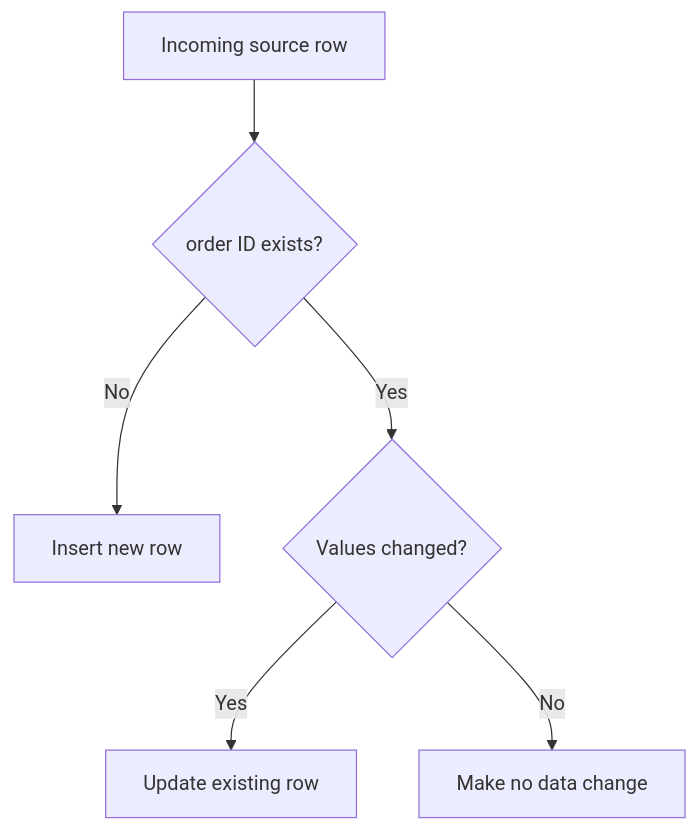
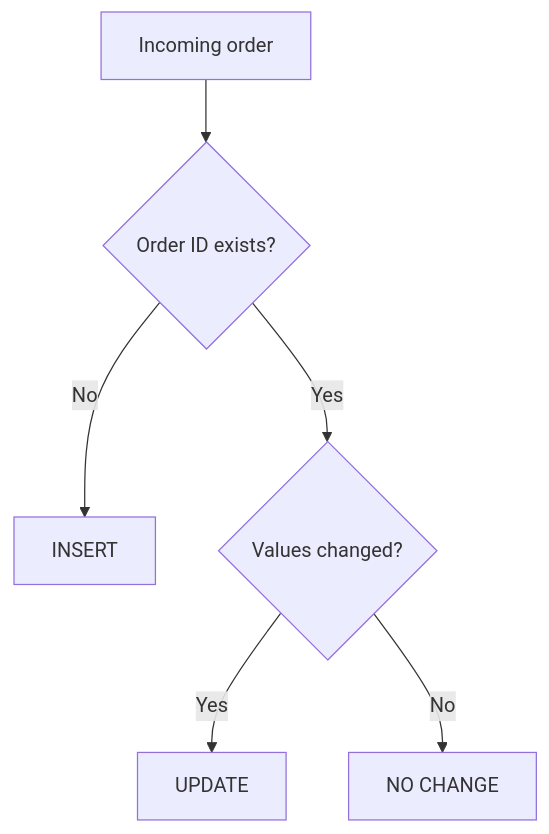
Before and after one commit to tg117official/microsoft_fabric_preparation: the second of 4 diagrams in Microsoft_Fabric_Session_06_Delta_Merge_and_Idempotent_Incremental_Loads.md, drawn with Mermaid. The commit also changed other lines of this file, not shown here.

````diff
--- a/Microsoft_Fabric_Session_06_Delta_Merge_and_Idempotent_Incremental_Loads.md
+++ b/Microsoft_Fabric_Session_06_Delta_Merge_and_Idempotent_Incremental_Loads.md
@@ -233,8 +111,8 @@
 ```mermaid
 flowchart TD
-    A["Incoming source row"] --> B{"order ID exists?"}
-    B -->|"No"| C["Insert new row"]
+    A["Incoming order"] --> B{"Order ID exists?"}
+    B -->|"No"| C["INSERT"]
     B -->|"Yes"| D{"Values changed?"}
-    D -->|"Yes"| E["Update existing row"]
-    D -->|"No"| F["Make no data change"]
+    D -->|"Yes"| E["UPDATE"]
+    D -->|"No"| F["NO CHANGE"]
 ```
````
